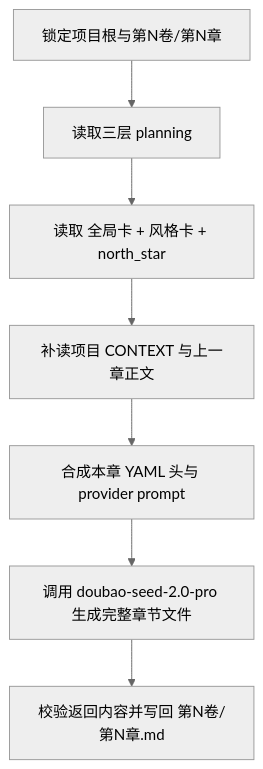
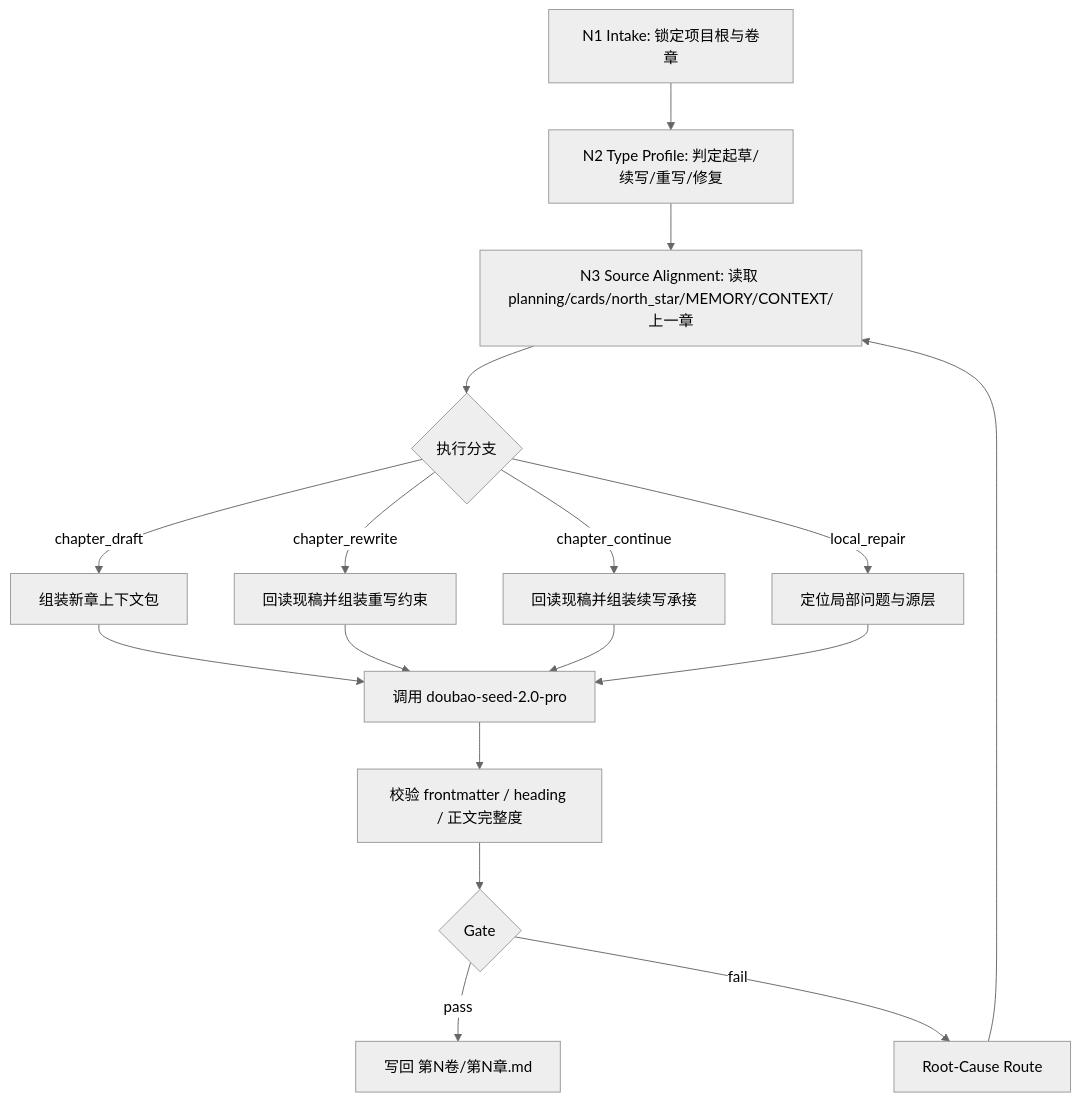
One commit to ZEN-VOID/AI-CUT changed the first of 2 diagrams in .agents/skills/story/3-Drafting/SKILL.md. Above: the diagram before and after it, drawn with Mermaid (neutral theme). The commit also changed other lines of this file and 526 other files, not shown here.

````diff
--- a/.agents/skills/story/3-Drafting/SKILL.md
+++ b/.agents/skills/story/3-Drafting/SKILL.md
@@ -91,9 +100,19 @@
 ```mermaid
 flowchart TD
-    A["锁定项目根与第N卷/第N章"] --> B["读取三层 planning"]
-    B --> C["读取 全局卡 + 风格卡 + north_star"]
-    C --> D["补读项目 CONTEXT 与上一章正文"]
-    D --> E["合成本章 YAML 头与 provider prompt"]
-    E --> F["调用 doubao-seed-2.0-pro 生成完整章节文件"]
-    F --> G["校验返回内容并写回 第N卷/第N章.md"]
+    A["N1 Intake: 锁定项目根与卷章"] --> B["N2 Type Profile: 判定起草/续写/重写/修复"]
+    B --> C["N3 Source Alignment: 读取 planning/cards/north_star/MEMORY/CONTEXT/上一章"]
+    C --> D{"执行分支"}
+    D -->|"chapter_draft"| E["组装新章上下文包"]
+    D -->|"chapter_rewrite"| F["回读现稿并组装重写约束"]
+    D -->|"chapter_continue"| G["回读现稿并组装续写承接"]
+    D -->|"local_repair"| H["定位局部问题与源层"]
+    E --> I["调用 doubao-seed-2.0-pro"]
+    F --> I
+    G --> I
+    H --> I
+    I --> J["校验 frontmatter / heading / 正文完整度"]
+    J --> K{"Gate"}
+    K -->|"pass"| L["写回 第N卷/第N章.md"]
+    K -->|"fail"| M["Root-Cause Route"]
+    M --> C
 ```
````
